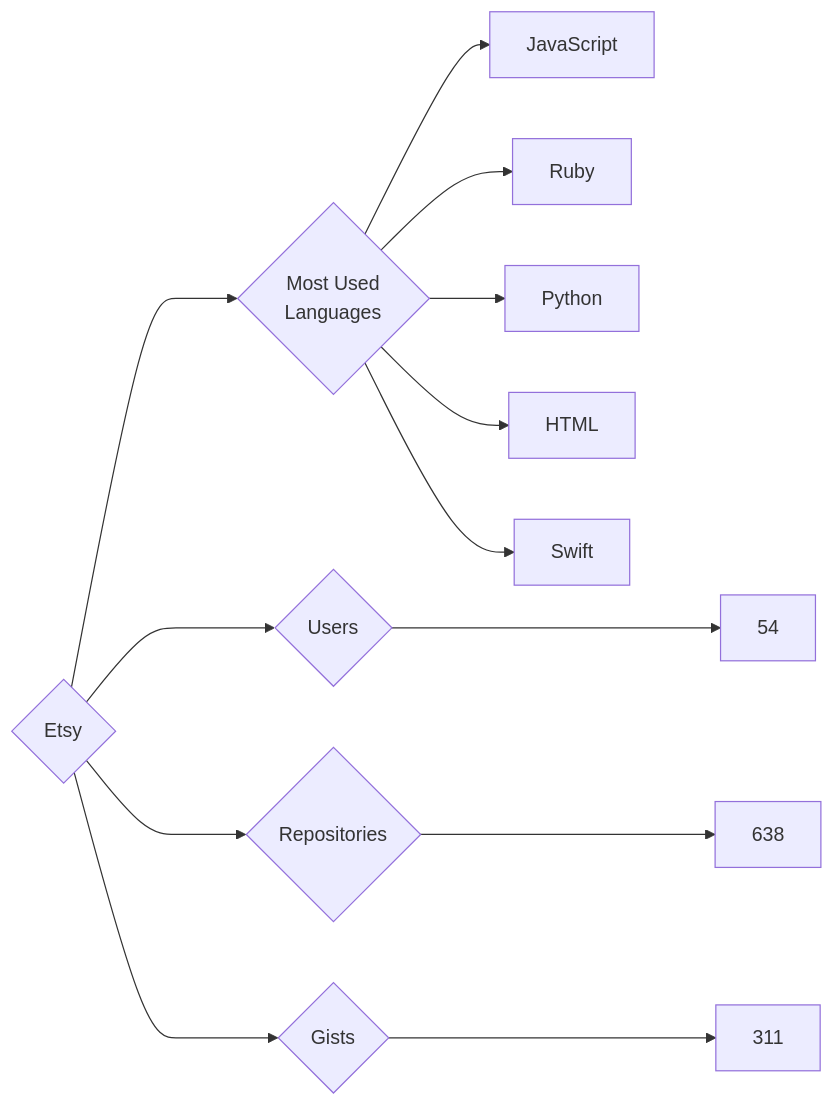
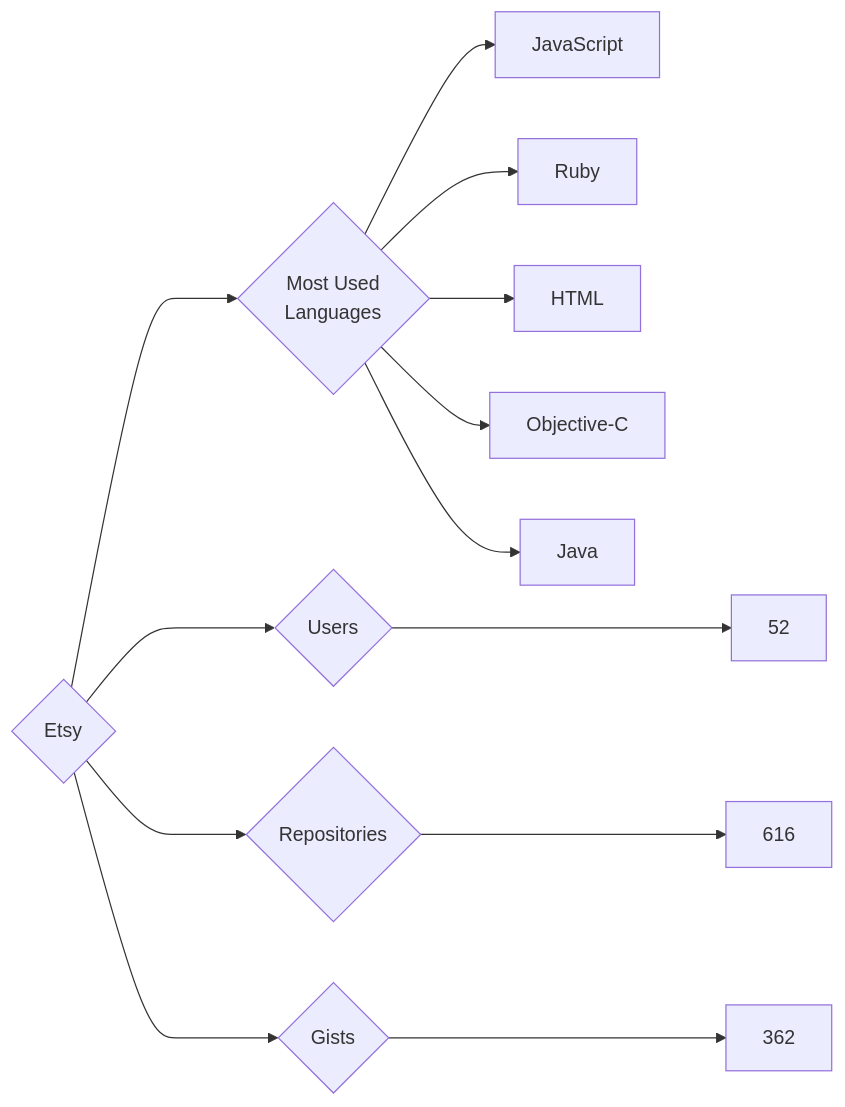
The diagram in targets/Etsy/README.md (trickest/insiders), drawn with Mermaid before and after one commit. The commit also changed 699 other files, not shown here.

````diff
--- a/targets/Etsy/README.md
+++ b/targets/Etsy/README.md
@@ -3,13 +3,13 @@
 ```mermaid
 graph LR
 COMPANY_NAME{Etsy}
-COMPANY_NAME ---> U{Users} ---> UN[54]
-COMPANY_NAME ---> R{Repositories} ---> RN[638]
-COMPANY_NAME ---> G{Gists} ---> GN[311]
+COMPANY_NAME ---> U{Users} ---> UN[52]
+COMPANY_NAME ---> R{Repositories} ---> RN[616]
+COMPANY_NAME ---> G{Gists} ---> GN[362]
 COMPANY_NAME ---> ML{Most Used<br>Languages}
 ML --> JavaScript[JavaScript]
 ML --> Ruby[Ruby]
-ML --> Python[Python]
 ML --> HTML[HTML]
-ML --> Swift[Swift]
+ML --> Objective-C[Objective-C]
+ML --> Java[Java]
 ```
````
